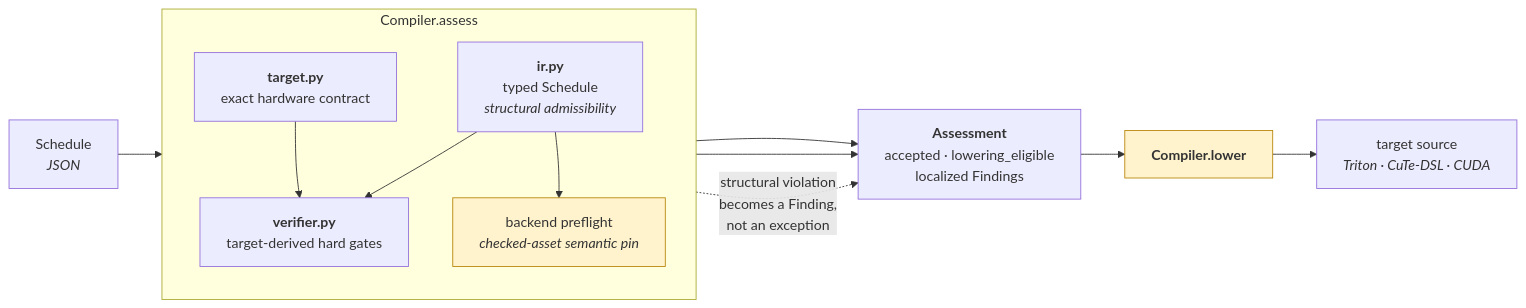
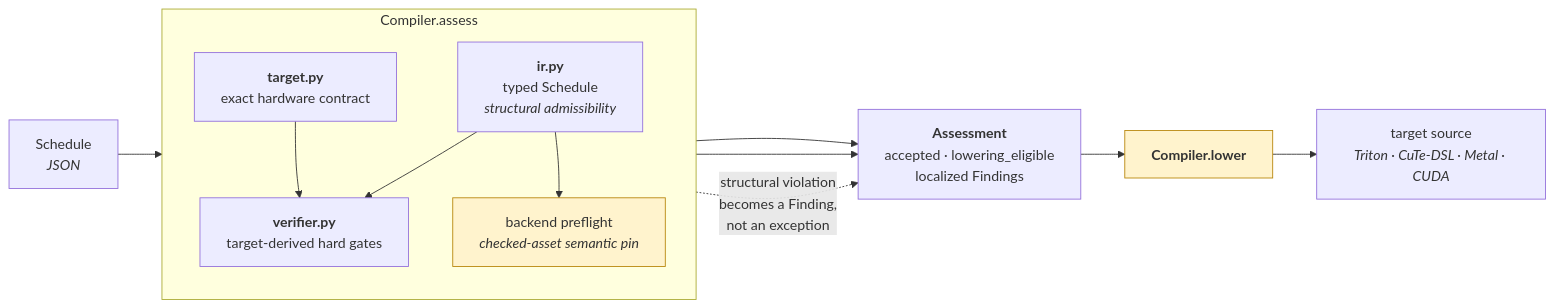
The second of 7 diagrams in docs/ARCHITECTURE.md (qhy991/open-cake-ir), drawn with Mermaid before and after one commit. The commit also changed other lines of this file and 39 other files, not shown here.

````diff
--- a/docs/ARCHITECTURE.md
+++ b/docs/ARCHITECTURE.md
@@ -54,25 +54,25 @@
 ```mermaid
 graph LR
     S["Schedule<br/><i>JSON</i>"] --> IR
 
     subgraph assess["Compiler.assess"]
         direction TB
         IR["<b>ir.py</b><br/>typed Schedule<br/><i>structural admissibility</i>"]
         VER["<b>verifier.py</b><br/>target-derived hard gates"]
         TGT["<b>target.py</b><br/>exact hardware contract"]
         PROF["backend preflight<br/><i>checked-asset semantic pin</i>"]
         IR --> VER
         TGT --> VER
         IR --> PROF
     end
 
     VER --> A["<b>Assessment</b><br/>accepted · lowering_eligible<br/>localized Findings"]
     PROF --> A
     A --> LOW["<b>Compiler.lower</b>"]
-    LOW --> ART["target source<br/><i>Triton · CuTe-DSL · CUDA</i>"]
+    LOW --> ART["target source<br/><i>Triton · CuTe-DSL · Metal · CUDA</i>"]
 
     IR -. "structural violation<br/>becomes a Finding,<br/>not an exception" .-> A
 
     style LOW fill:#fff3cd,stroke:#b8860b
     style PROF fill:#fff3cd,stroke:#b8860b
 ```
````
